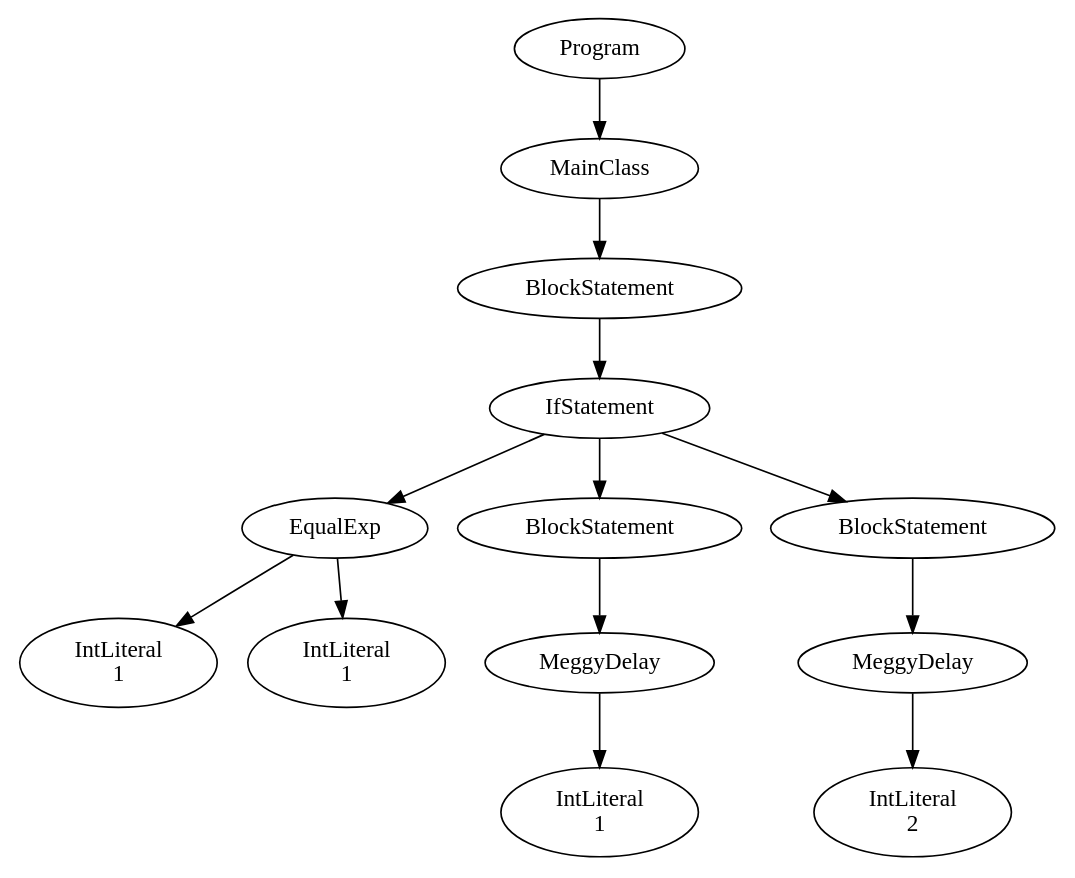
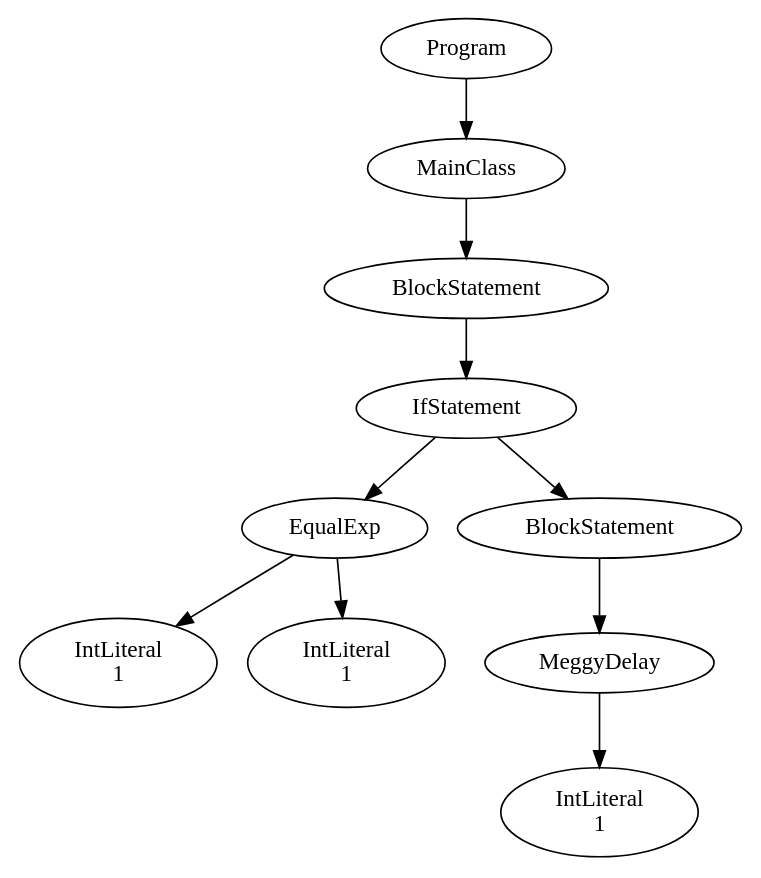
The diagram in PA3/PA3Test1.java.ast.dot (Ajith20/MeggyJava-compiler), drawn with Graphviz before and after one commit. The commit also changed 7 other files, not shown here.

```diff
--- a/PA3/PA3Test1.java.ast.dot
+++ b/PA3/PA3Test1.java.ast.dot
@@ -1,27 +1,21 @@
 digraph ASTGraph {
 0 [ label="Program" ];
 1 [ label="MainClass" ];
 0 -> 1
 2 [ label="BlockStatement" ];
 1 -> 2
 3 [ label="IfStatement" ];
 2 -> 3
 4 [ label="EqualExp" ];
 3 -> 4
 5 [ label="IntLiteral\n1" ];
 4 -> 5
 6 [ label="IntLiteral\n1" ];
 4 -> 6
 7 [ label="BlockStatement" ];
 3 -> 7
 8 [ label="MeggyDelay" ];
 7 -> 8
 9 [ label="IntLiteral\n1" ];
 8 -> 9
-10 [ label="BlockStatement" ];
-3 -> 10
-11 [ label="MeggyDelay" ];
-10 -> 11
-12 [ label="IntLiteral\n2" ];
-11 -> 12
 }
```
